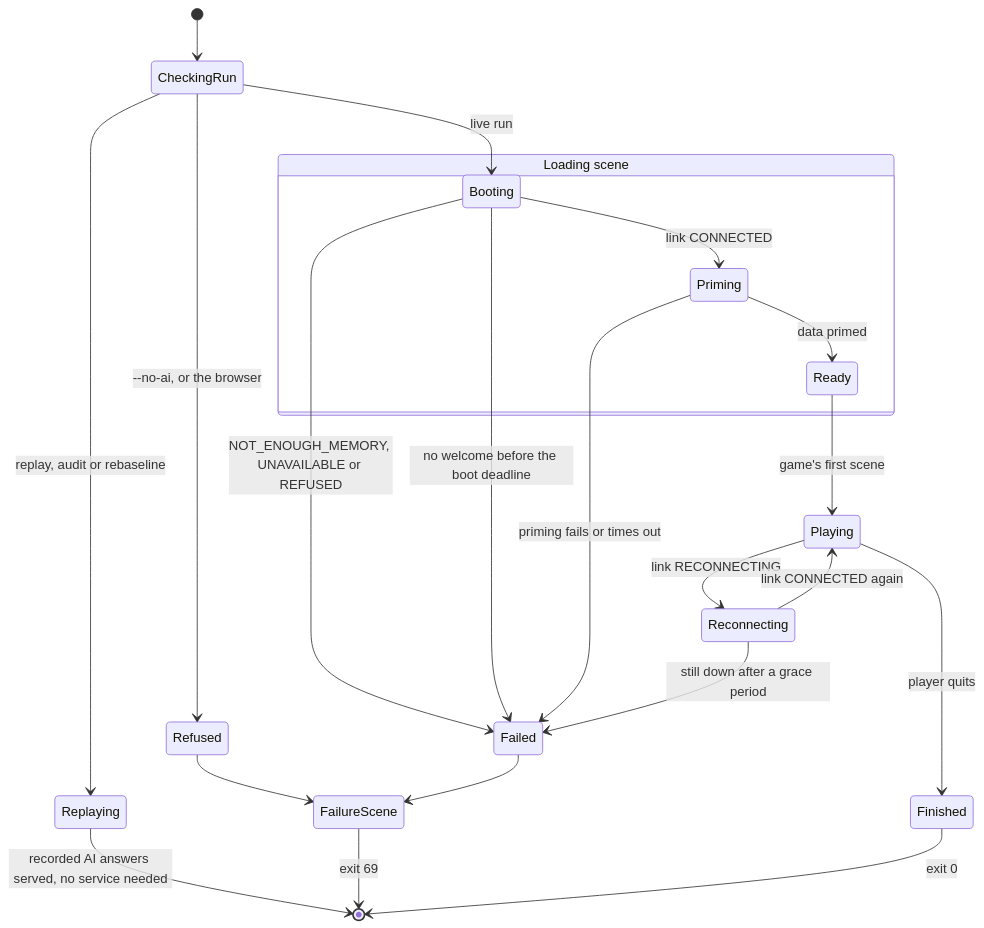
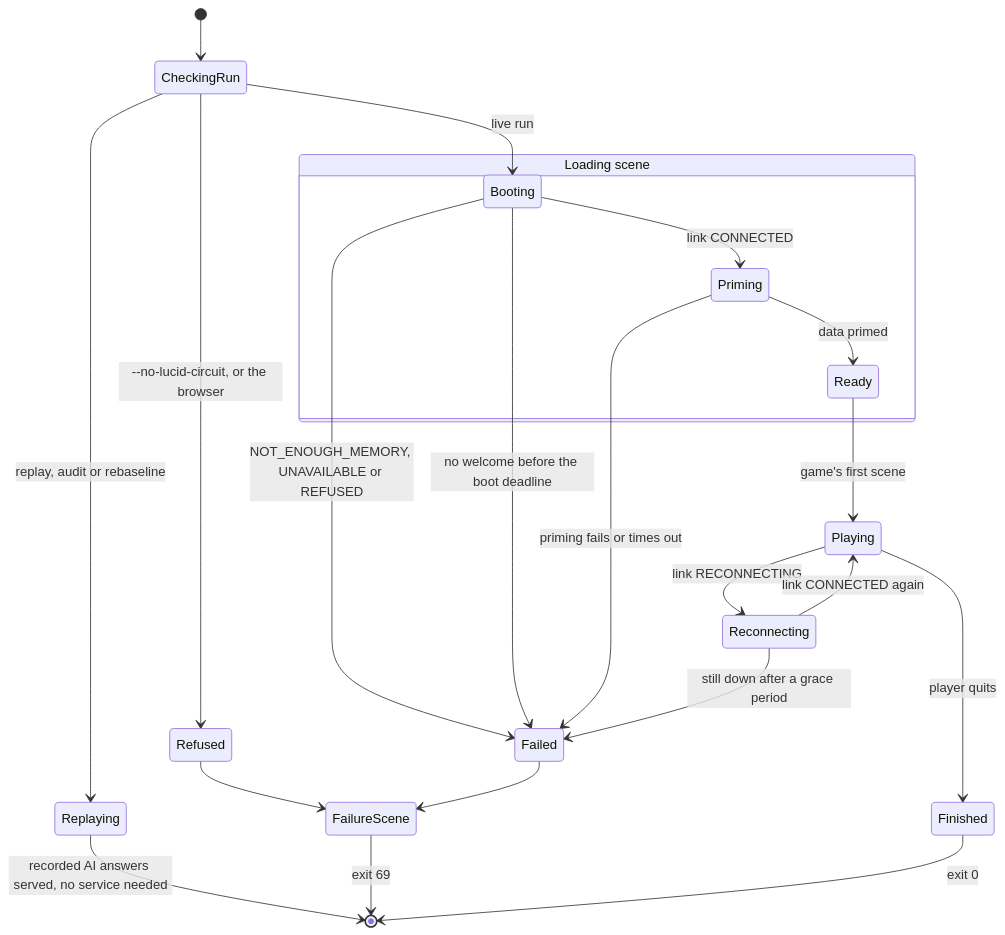
The second of 2 diagrams in plans/lucid-circuit-modes.md (terrysimons/glitchygames), drawn with Mermaid before and after one commit. The commit also changed other lines of this file and 46 other files, not shown here.

Commit message:
Feature flags, and --lucid-circuit replaces --ai (#319)

````diff
--- a/plans/lucid-circuit-modes.md
+++ b/plans/lucid-circuit-modes.md
@@ -99,24 +99,24 @@
 ```mermaid
 stateDiagram-v2
     [*] --> CheckingRun
     CheckingRun --> Replaying: replay, audit or rebaseline
     Replaying --> [*]: recorded AI answers served, no service needed
-    CheckingRun --> Refused: --no-ai, or the browser
+    CheckingRun --> Refused: --no-lucid-circuit, or the browser
     CheckingRun --> Booting: live run
     state "Loading scene" as Loading {
         Booting --> Priming: link CONNECTED
         Priming --> Ready: data primed
     }
     Booting --> Failed: NOT_ENOUGH_MEMORY, UNAVAILABLE or REFUSED
     Booting --> Failed: no welcome before the boot deadline
     Priming --> Failed: priming fails or times out
     Ready --> Playing: game's first scene
     Playing --> Reconnecting: link RECONNECTING
     Reconnecting --> Playing: link CONNECTED again
     Reconnecting --> Failed: still down after a grace period
     Playing --> Finished: player quits
     Refused --> FailureScene
     Failed --> FailureScene
     FailureScene --> [*]: exit 69
     Finished --> [*]: exit 0
 ```
````
